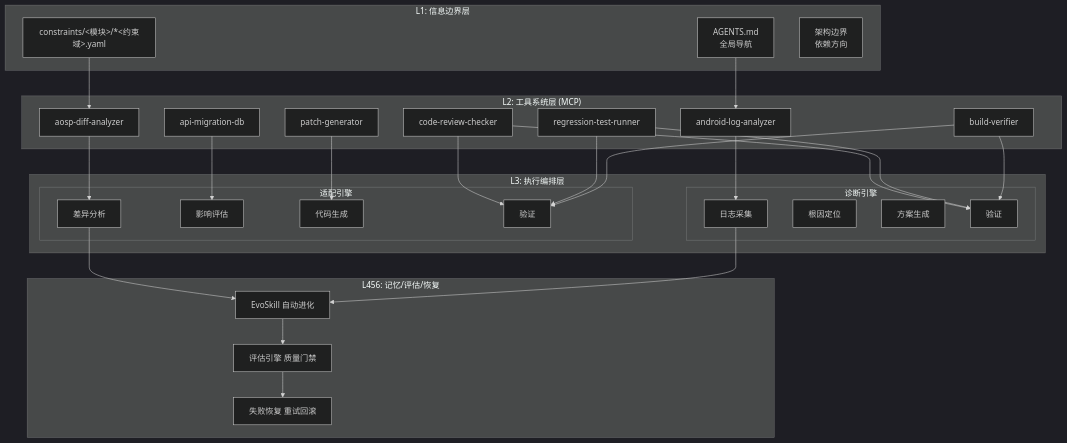
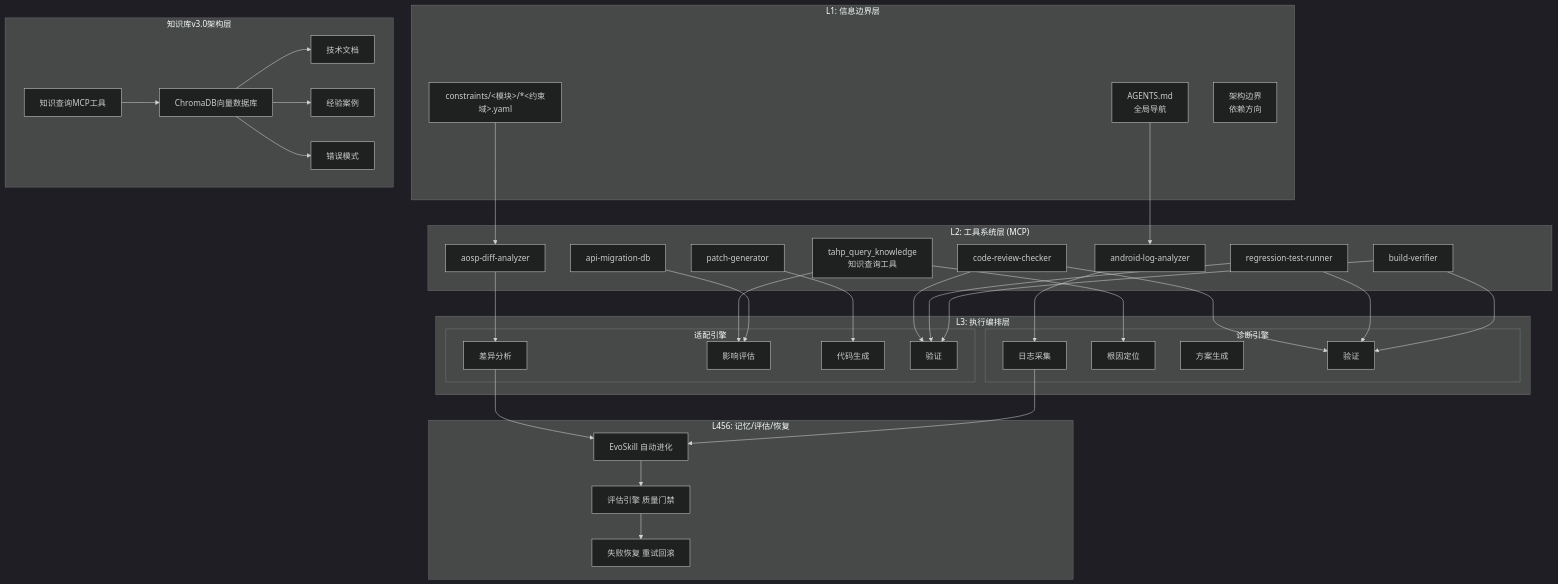
Before and after one commit to afcartevil/automated-test-script: the second of 6 diagrams in .qoder/repowiki/zh/content/项目概述/系统架构总览.md, drawn with Mermaid (dark theme). The commit also changed other lines of this file and 650 other files, not shown here.

````diff
--- a/.qoder/repowiki/zh/content/项目概述/系统架构总览.md
+++ b/.qoder/repowiki/zh/content/项目概述/系统架构总览.md
@@ -90,52 +118,66 @@
 ```mermaid
 graph TB
 subgraph "L1: 信息边界层"
 A1["AGENTS.md<br/>全局导航"]
 A2["constraints/<模块>/*<约束域>.yaml"]
 A3["架构边界<br/>依赖方向"]
 end
 subgraph "L2: 工具系统层 (MCP)"
 T1["android-log-analyzer"]
 T2["aosp-diff-analyzer"]
 T3["patch-generator"]
 T4["api-migration-db"]
 T5["build-verifier"]
 T6["regression-test-runner"]
 T7["code-review-checker"]
+T8["tahp_query_knowledge<br/>知识查询工具"]
 end
 subgraph "L3: 执行编排层"
 subgraph "诊断引擎"
 D1["日志采集"]
 D2["根因定位"]
 D3["方案生成"]
 D4["验证"]
 end
 subgraph "适配引擎"
 E1["差异分析"]
 E2["影响评估"]
 E3["代码生成"]
 E4["验证"]
 end
 end
 subgraph "L456: 记忆/评估/恢复"
 F1["EvoSkill 自动进化"]
 F2["评估引擎 质量门禁"]
 F3["失败恢复 重试回滚"]
 end
+subgraph "知识库v3.0架构层"
+G1["技术文档"]
+G2["经验案例"]
+G3["错误模式"]
+G4["ChromaDB向量数据库"]
+G5["知识查询MCP工具"]
+end
 A1 --> T1
 A2 --> T2
 T1 --> D1
 T2 --> E1
 T3 --> E3
 T4 --> E2
 T5 --> D4
 T5 --> E4
 T6 --> D4
 T6 --> E4
 T7 --> D4
 T7 --> E4
+T8 --> D2
+T8 --> E2
 D1 --> F1
 E1 --> F1
 F1 --> F2
 F2 --> F3
+G4 --> G1
+G4 --> G2
+G4 --> G3
+G5 --> G4
 ```
````
